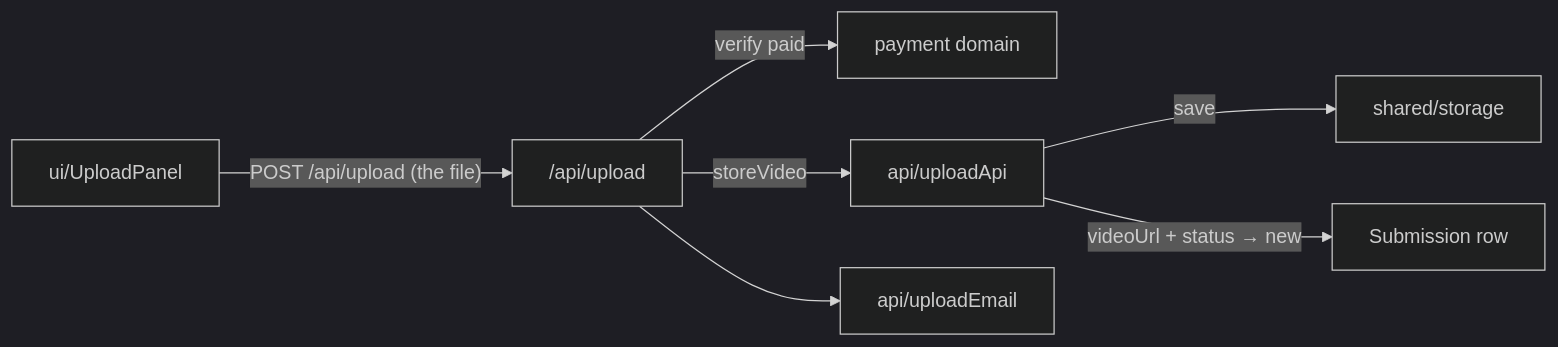
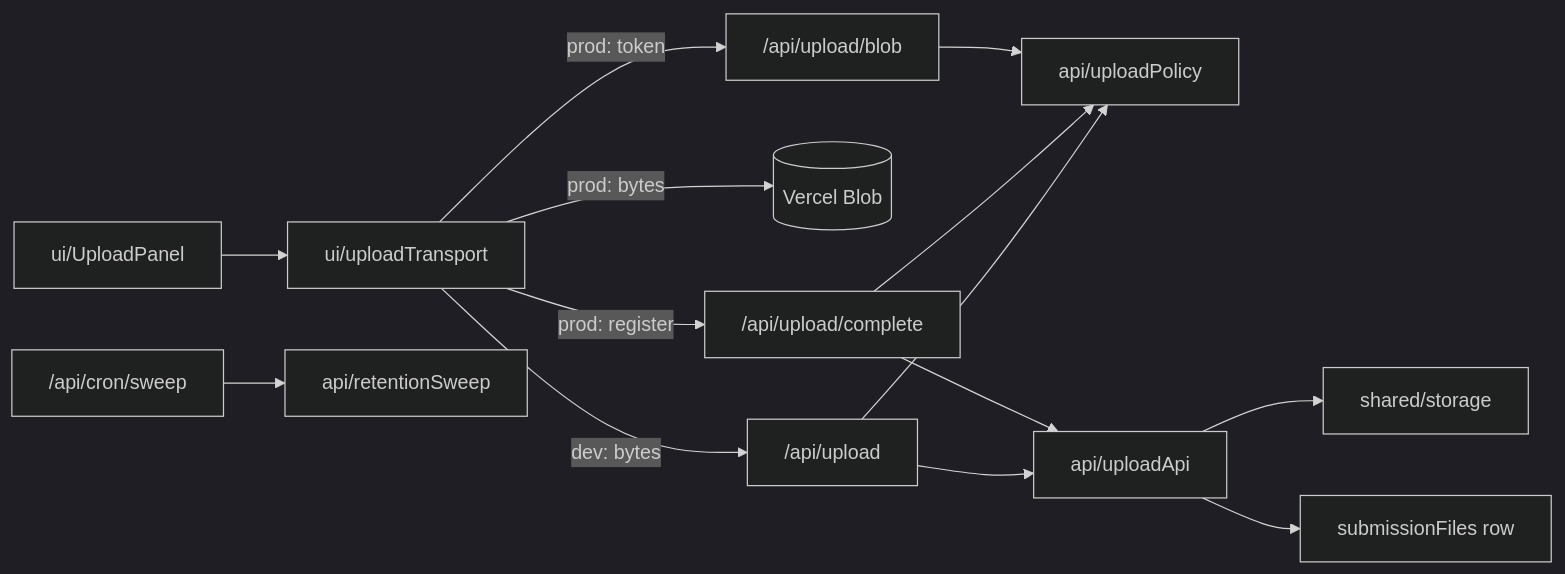
One commit to aaronjwylie/baseballcoach changed the diagram in src/domains/upload/_UploadDocumentation.md. Above: the diagram before and after it, drawn with Mermaid (dark theme). The commit also changed other lines of this file and 96 other files, not shown here.

````diff
--- a/src/domains/upload/_UploadDocumentation.md
+++ b/src/domains/upload/_UploadDocumentation.md
@@ -15,9 +15,16 @@
 ```mermaid
 flowchart LR
-    PANEL["ui/UploadPanel"] -->|"POST /api/upload (the file)"| API["/api/upload"]
-    API -->|"verify paid"| PAY["payment domain"]
-    API -->|"storeVideo"| APIU["api/uploadApi"]
-    APIU -->|"save"| STORE["shared/storage"]
-    APIU -->|"videoUrl + status → new"| SUB["Submission row"]
-    API --> MAIL["api/uploadEmail"]
+    PANEL["ui/UploadPanel"] --> T["ui/uploadTransport"]
+    T -->|"prod: token"| BLOBR["/api/upload/blob"]
+    T -->|"prod: bytes"| BLOB[("Vercel Blob")]
+    T -->|"prod: register"| DONE["/api/upload/complete"]
+    T -->|"dev: bytes"| PROXY["/api/upload"]
+    BLOBR --> GATE["api/uploadPolicy"]
+    DONE --> GATE
+    PROXY --> GATE
+    DONE --> APIU["api/uploadApi"]
+    PROXY --> APIU
+    APIU --> STORE["shared/storage"]
+    APIU --> ROW["submissionFiles row"]
+    CRON["/api/cron/sweep"] --> SWEEP["api/retentionSweep"]
 ```
````
